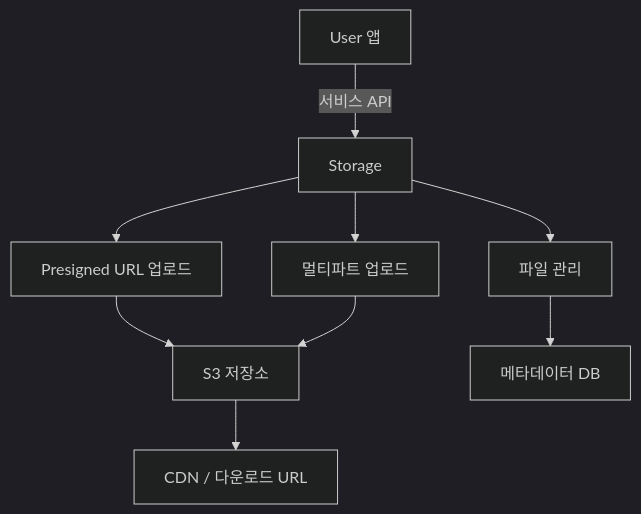
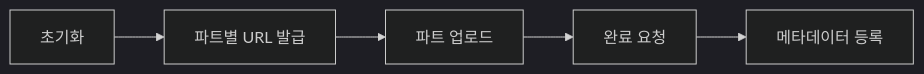
One commit to popup-studio-ai/bkend-docs changed the third of 3 diagrams in ko/storage/01-overview.md. Above: the diagram before and after it, drawn with Mermaid (dark theme). The commit also changed other lines of this file and 186 other files, not shown here.

````diff
--- a/ko/storage/01-overview.md
+++ b/ko/storage/01-overview.md
@@ -9,11 +84,7 @@
 ```mermaid
-flowchart TD
-    A[User 앱] -->|서비스 API| B[Storage]
-    B --> C[Presigned URL 업로드]
-    B --> D[멀티파트 업로드]
-    B --> E[파일 관리]
-    C --> F[S3 저장소]
-    D --> F
-    E --> G[메타데이터 DB]
-    F --> H[CDN / 다운로드 URL]
+flowchart LR
+    A[초기화] --> B[파트별 URL 발급]
+    B --> C[파트 업로드]
+    C --> D[완료 요청]
+    D --> E[메타데이터 등록]
 ```
````
